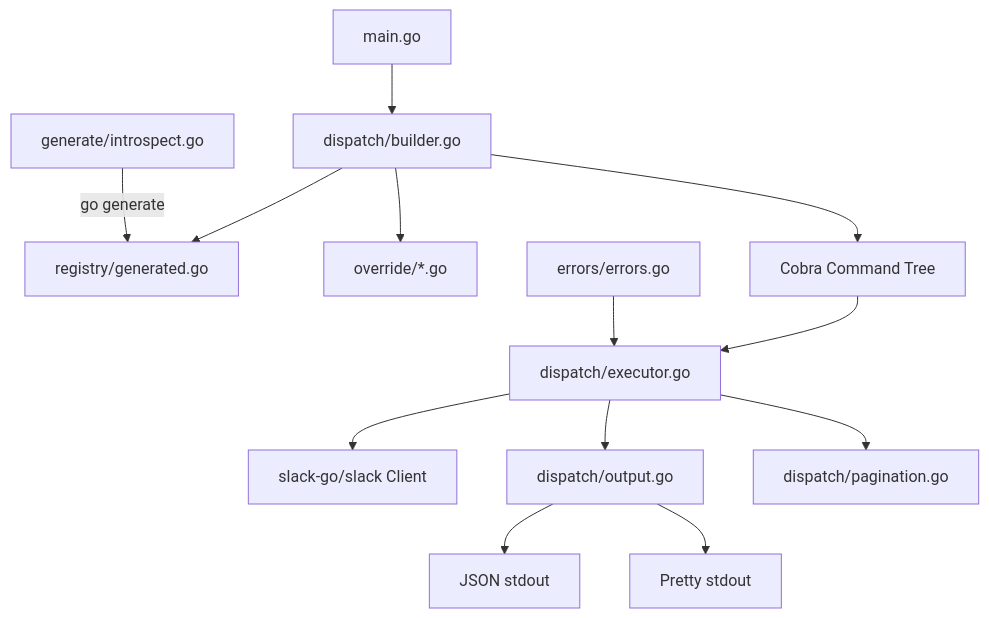
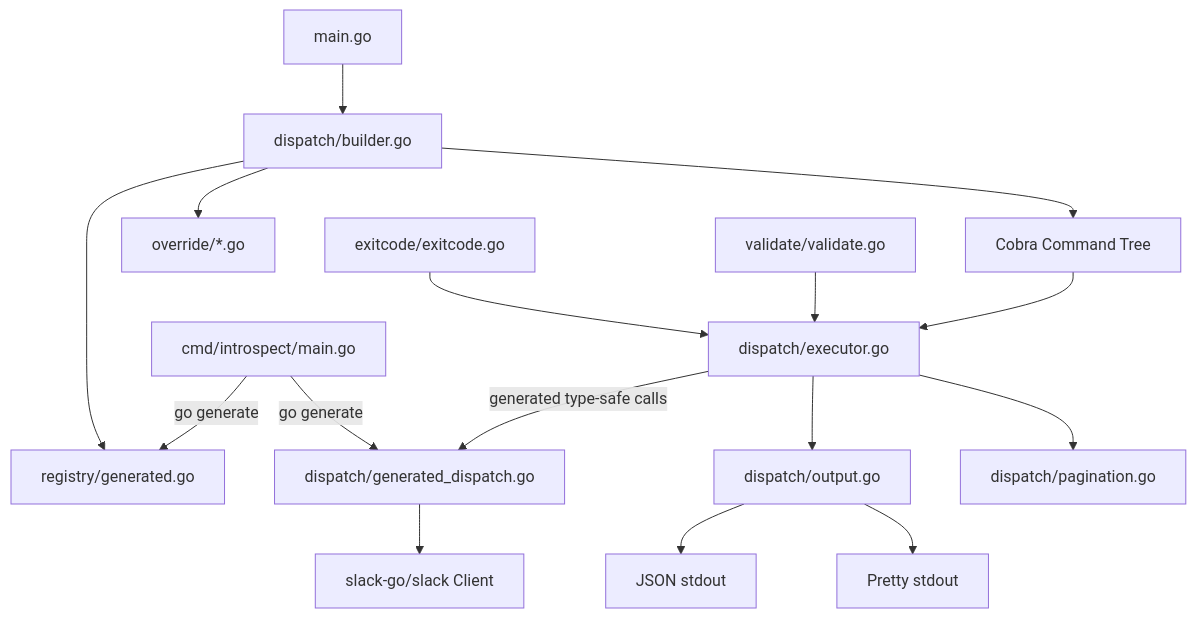
One commit to AvogadroSG1/slack-cli changed the diagram in docs/superpowers/specs/2026-04-09-slack-cli-design.md. Above: the diagram before and after it, drawn with Mermaid. The commit also changed other lines of this file and 68 other files, not shown here.

````diff
--- a/docs/superpowers/specs/2026-04-09-slack-cli-design.md
+++ b/docs/superpowers/specs/2026-04-09-slack-cli-design.md
@@ -26,17 +132,20 @@
 ```mermaid
 graph TD
     A[main.go] --> B[dispatch/builder.go]
     B --> C[registry/generated.go]
     B --> D[override/*.go]
     B --> E[Cobra Command Tree]
     E --> F[dispatch/executor.go]
-    F --> G[slack-go/slack Client]
-    F --> H[dispatch/output.go]
-    F --> I[dispatch/pagination.go]
-    H --> J[JSON stdout]
-    H --> K[Pretty stdout]
+    F -->|generated type-safe calls| G[dispatch/generated_dispatch.go]
+    G --> H[slack-go/slack Client]
+    F --> I[dispatch/output.go]
+    F --> J[dispatch/pagination.go]
+    I --> K[JSON stdout]
+    I --> L[Pretty stdout]
     
-    L[generate/introspect.go] -->|go generate| C
+    M[cmd/introspect/main.go] -->|go generate| C
+    M -->|go generate| G
     
-    M[errors/errors.go] --> F
+    N[exitcode/exitcode.go] --> F
+    O[validate/validate.go] --> F
 ```
````
